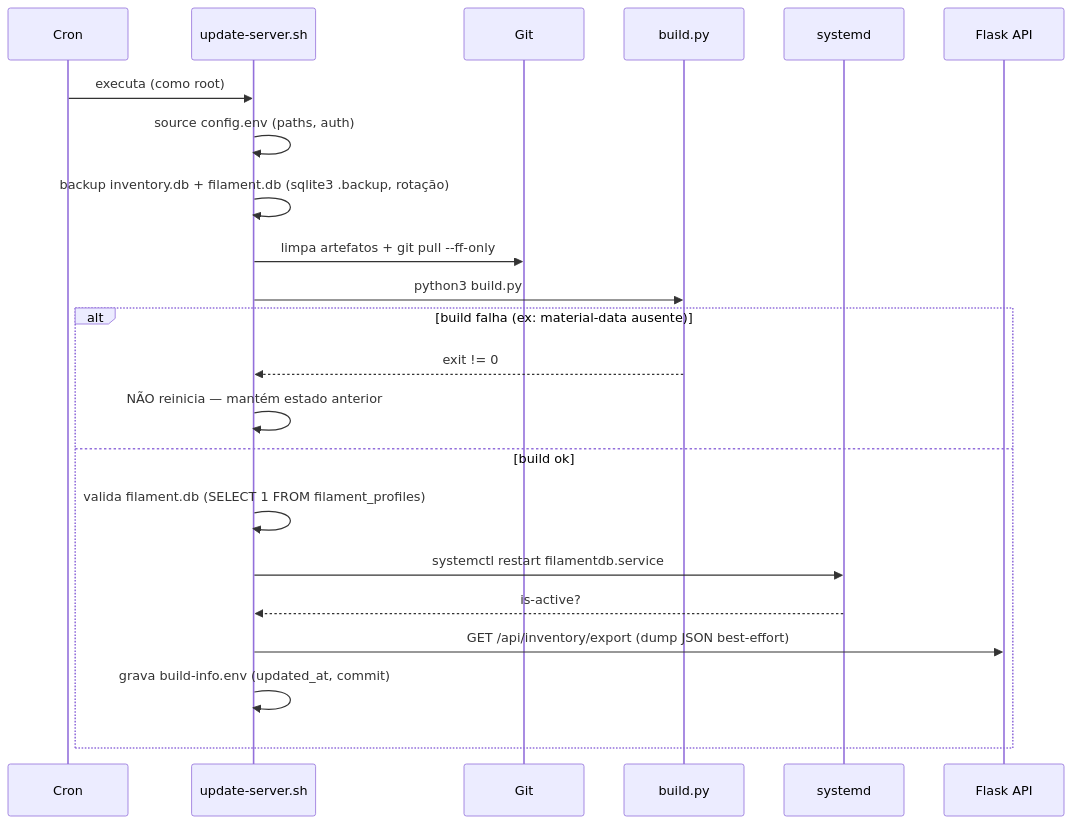
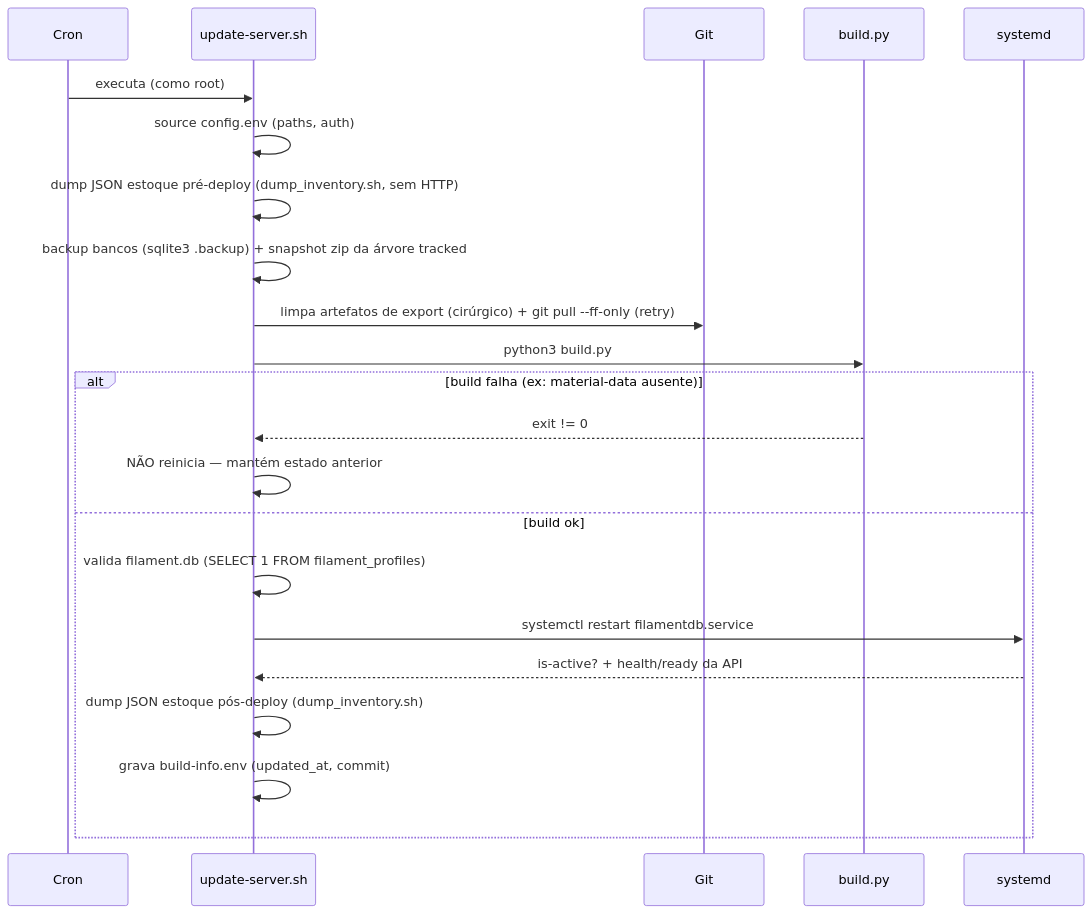
The eighth of 11 diagrams in README.md (RafaelFino/FilamentDB), drawn with Mermaid before and after one commit. The commit also changed other lines of this file and 4 other files, not shown here.

First line of the commit message:
fix(deploy): robustez do update-server — auto-recupera de artefatos sujos e backups do estoque

````diff
--- a/README.md
+++ b/README.md
@@ -477,25 +477,25 @@
 ```mermaid
 sequenceDiagram
     participant Cron
     participant Sh as update-server.sh
     participant Git
     participant Build as build.py
     participant Sys as systemd
-    participant API as Flask API
 
     Cron->>Sh: executa (como root)
     Sh->>Sh: source config.env (paths, auth)
-    Sh->>Sh: backup inventory.db + filament.db (sqlite3 .backup, rotação)
-    Sh->>Git: limpa artefatos + git pull --ff-only
+    Sh->>Sh: dump JSON estoque pré-deploy (dump_inventory.sh, sem HTTP)
+    Sh->>Sh: backup bancos (sqlite3 .backup) + snapshot zip da árvore tracked
+    Sh->>Git: limpa artefatos de export (cirúrgico) + git pull --ff-only (retry)
     Sh->>Build: python3 build.py
     alt build falha (ex: material-data ausente)
         Build-->>Sh: exit != 0
         Sh->>Sh: NÃO reinicia — mantém estado anterior
     else build ok
         Sh->>Sh: valida filament.db (SELECT 1 FROM filament_profiles)
         Sh->>Sys: systemctl restart filamentdb.service
-        Sys-->>Sh: is-active?
-        Sh->>API: GET /api/inventory/export (dump JSON best-effort)
+        Sys-->>Sh: is-active? + health/ready da API
+        Sh->>Sh: dump JSON estoque pós-deploy (dump_inventory.sh)
         Sh->>Sh: grava build-info.env (updated_at, commit)
     end
 ```
````
